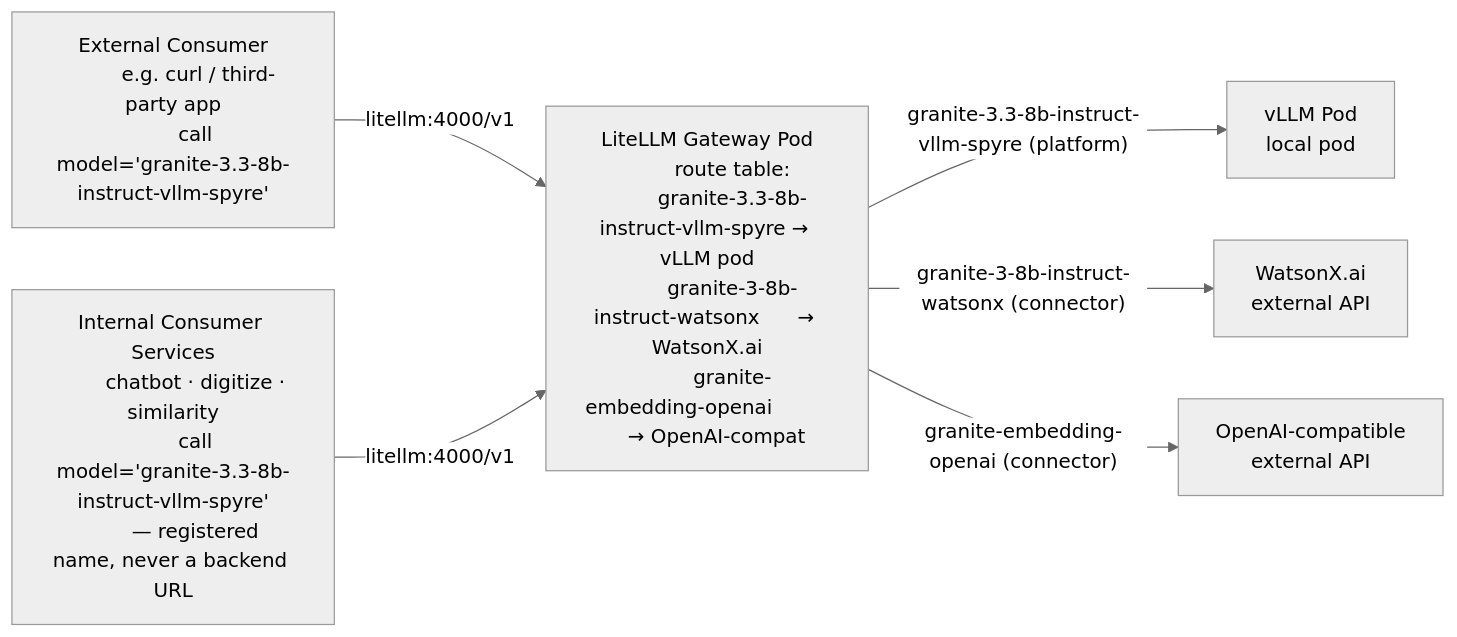
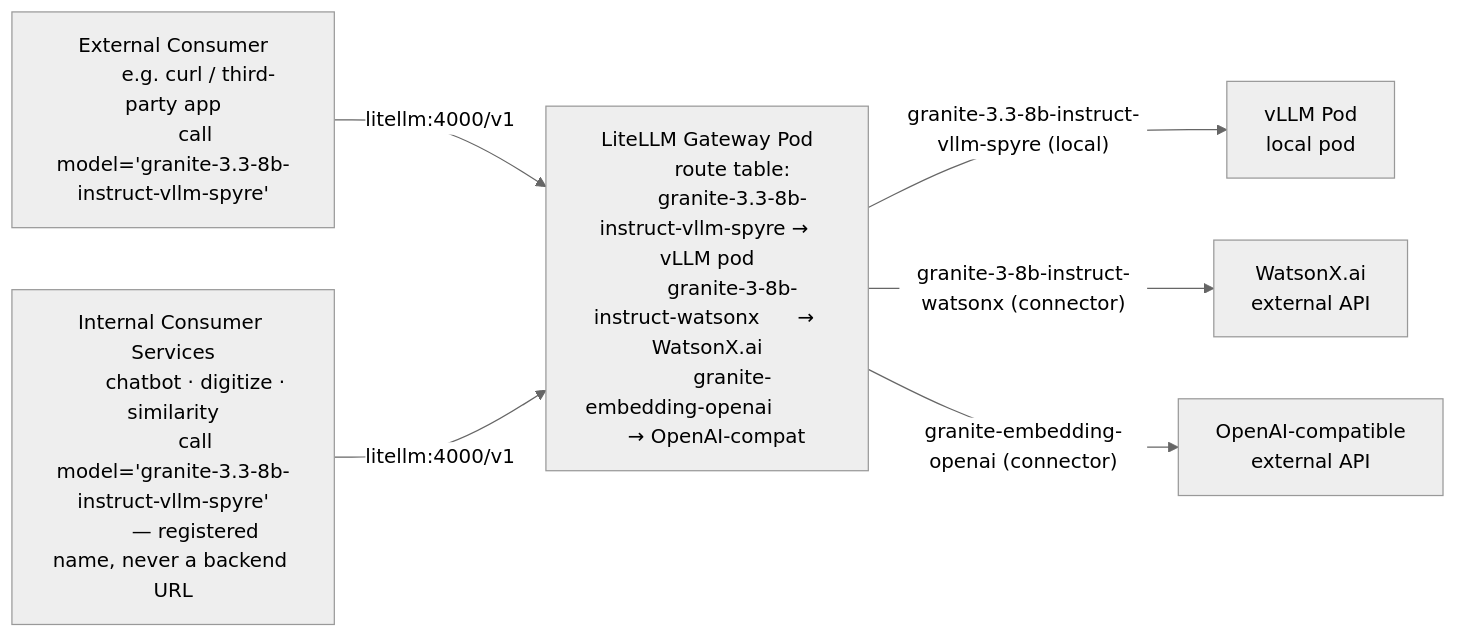
One commit to IBM/project-ai-services changed the second of 3 diagrams in docs/proposals/catalog/model-management-proposal.md. Above: the diagram before and after it, drawn with Mermaid (neutral theme). The commit also changed other lines of this file, not shown here.

````diff
--- a/docs/proposals/catalog/model-management-proposal.md
+++ b/docs/proposals/catalog/model-management-proposal.md
@@ -156,27 +156,27 @@
 ```mermaid
 flowchart LR
     EC["External Consumer
         e.g. curl / third-party app
         call model='granite-3.3-8b-instruct-vllm-spyre'"]
 
     CS["Internal Consumer Services
         chatbot · digitize · similarity
         call model='granite-3.3-8b-instruct-vllm-spyre'
         — registered name, never a backend URL"]
 
     EC -->|"litellm:4000/v1"| GW
     CS -->|"litellm:4000/v1"| GW
 
     GW["LiteLLM Gateway Pod
         route table:
         granite-3.3-8b-instruct-vllm-spyre → vLLM pod
         granite-3-8b-instruct-watsonx      → WatsonX.ai
         granite-embedding-openai            → OpenAI-compat"]
 
-    GW -->|"granite-3.3-8b-instruct-vllm-spyre (platform)"| V["vLLM Pod
+    GW -->|"granite-3.3-8b-instruct-vllm-spyre (local)"| V["vLLM Pod
                                                                  local pod"]
     GW -->|"granite-3-8b-instruct-watsonx (connector)"| W["WatsonX.ai
                                                             external API"]
     GW -->|"granite-embedding-openai (connector)"| O["OpenAI-compatible
                                                       external API"]
 ```
````
